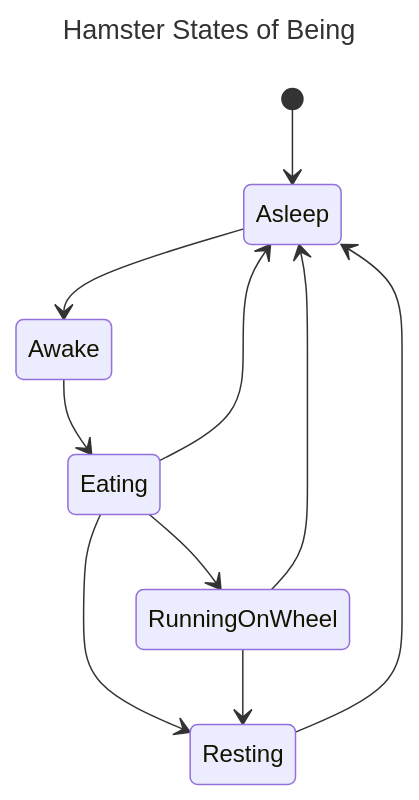
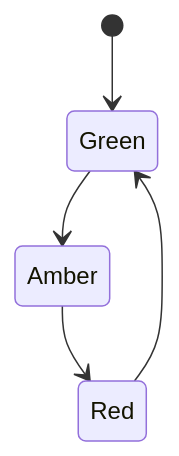
The diagram in README.md (cashapp/kfsm), drawn with Mermaid before and after one commit. The commit also changed other lines of this file and 5 other files, not shown here.

````diff
--- a/README.md
+++ b/README.md
@@ -16,15 +16,7 @@
 ```mermaid
----
-title: Hamster States of Being
----
 stateDiagram-v2
-    [*] --> Asleep
-    Asleep --> Awake
-    Awake --> Eating
-    Eating --> Asleep
-    Eating --> Resting
-    Eating --> RunningOnWheel
-    Resting --> Asleep
-    RunningOnWheel --> Asleep
-    RunningOnWheel --> Resting
+    [*] --> Green
+    Amber --> Red
+    Green --> Amber
+    Red --> Green
 ```
````
